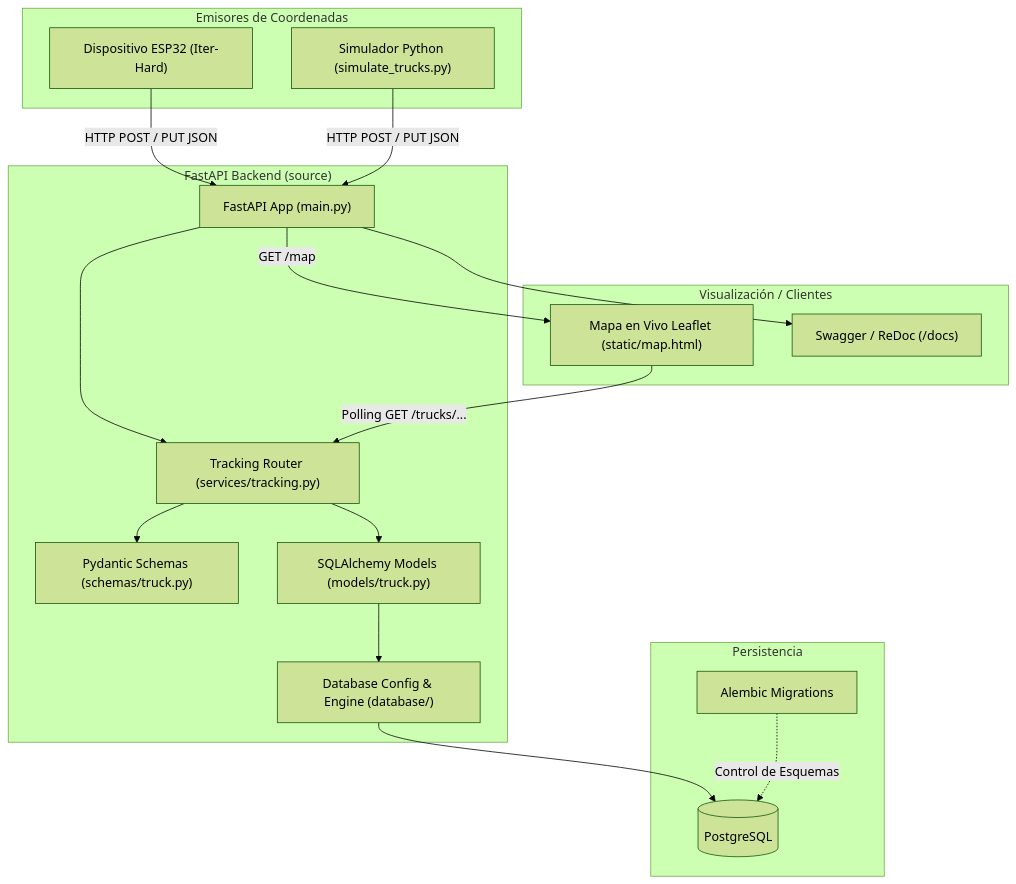
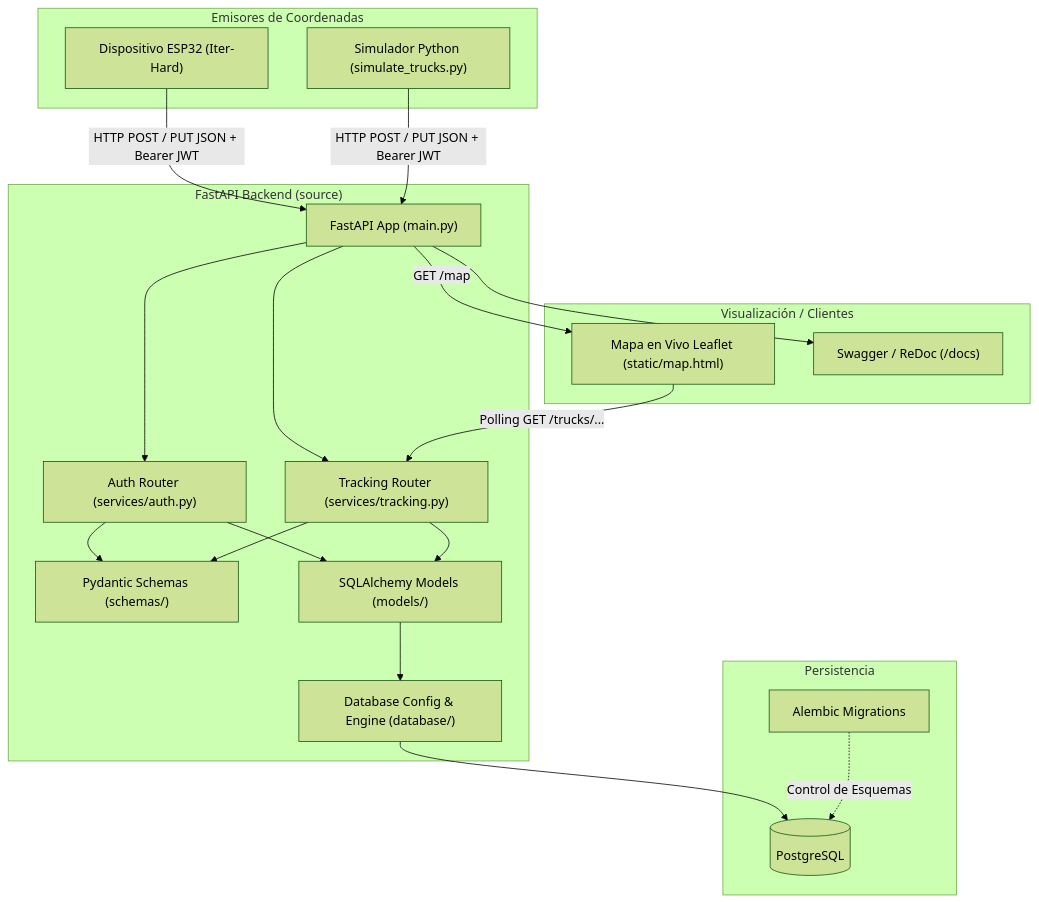
The diagram in README.md (octa-afk/IterTrack), drawn with Mermaid (forest theme) before and after one commit. The commit also changed other lines of this file and 12 other files, not shown here.

````diff
--- a/README.md
+++ b/README.md
@@ -40,37 +41,41 @@
 ```mermaid
 flowchart TD
     subgraph Emisores["Emisores de Coordenadas"]
         HW["Dispositivo ESP32 (Iter-Hard)"]
         SIM["Simulador Python (simulate_trucks.py)"]
     end
 
     subgraph Backend["FastAPI Backend (source)"]
         API["FastAPI App (main.py)"]
         Router["Tracking Router (services/tracking.py)"]
-        Schemas["Pydantic Schemas (schemas/truck.py)"]
-        ORM["SQLAlchemy Models (models/truck.py)"]
+        Auth["Auth Router (services/auth.py)"]
+        Schemas["Pydantic Schemas (schemas/)"]
+        ORM["SQLAlchemy Models (models/)"]
         DBCfg["Database Config & Engine (database/)"]
     end
 
     subgraph Storage["Persistencia"]
         PG[("PostgreSQL")]
         AL["Alembic Migrations"]
     end
 
     subgraph Clientes["Visualización / Clientes"]
         MAP["Mapa en Vivo Leaflet (static/map.html)"]
         DOCS["Swagger / ReDoc (/docs)"]
     end
 
-    HW -->|HTTP POST / PUT JSON| API
-    SIM -->|HTTP POST / PUT JSON| API
+    HW -->|HTTP POST / PUT JSON + Bearer JWT| API
+    SIM -->|HTTP POST / PUT JSON + Bearer JWT| API
     API --> Router
+    API --> Auth
+    Auth --> Schemas
+    Auth --> ORM
     Router --> Schemas
     Router --> ORM
     ORM --> DBCfg
     DBCfg --> PG
     AL -.->|Control de Esquemas| PG
     API -->|GET /map| MAP
     MAP -->|Polling GET /trucks/...| Router
     API --> DOCS
 ```
````
